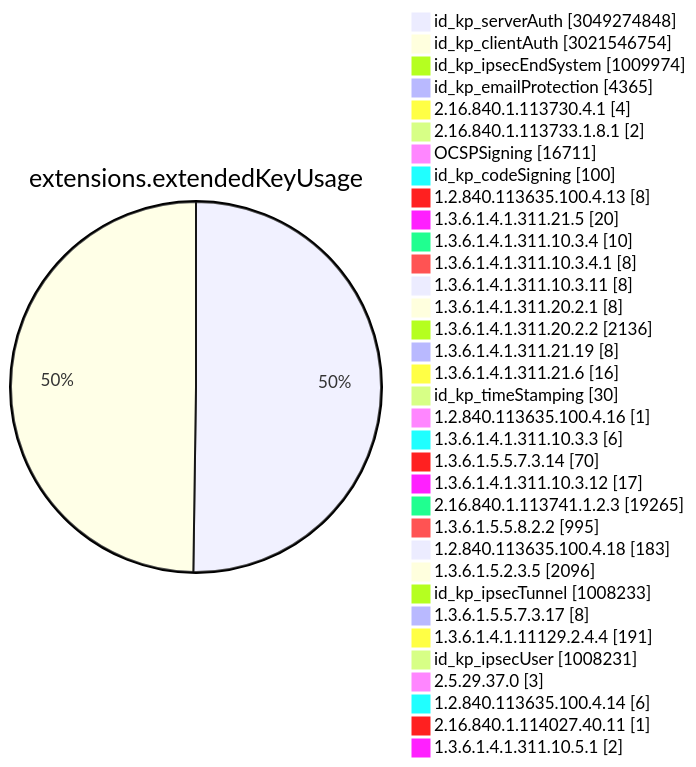
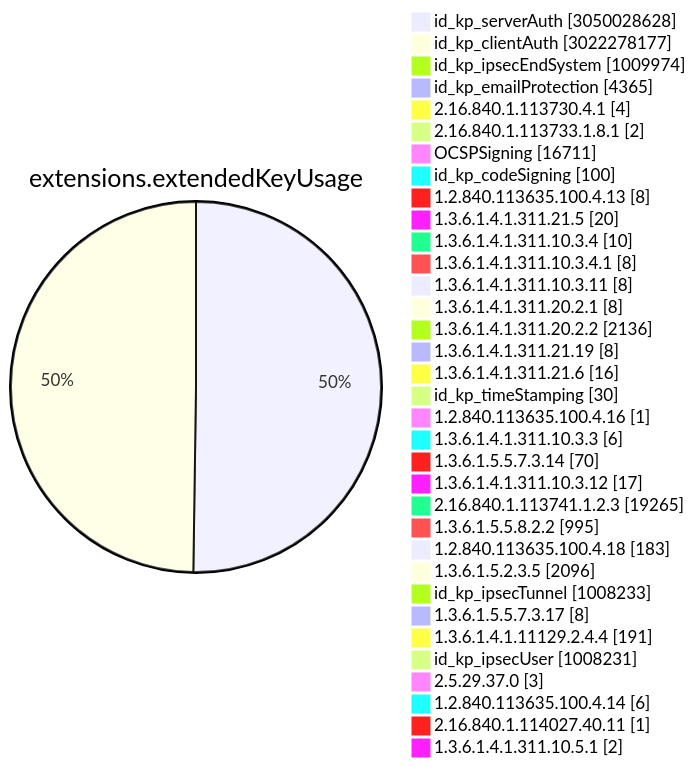
Diagram 11 of 15 in TOTAL/README.md (christiankrug/ctmonitor_visualization), drawn with Mermaid before and after one commit. The commit also changed other lines of this file, not shown here.

````diff
--- a/TOTAL/README.md
+++ b/TOTAL/README.md
@@ -4116,38 +4116,38 @@
 ```mermaid
 pie showData
 title extensions.extendedKeyUsage
-"id_kp_serverAuth" :3049274848
-"id_kp_clientAuth" :3021546754
+"id_kp_serverAuth" :3050028628
+"id_kp_clientAuth" :3022278177
 "id_kp_ipsecEndSystem" :1009974
 "id_kp_emailProtection" :4365
 "2.16.840.1.113730.4.1" :4
 "2.16.840.1.113733.1.8.1" :2
 "OCSPSigning" :16711
 "id_kp_codeSigning" :100
 "1.2.840.113635.100.4.13" :8
 "1.3.6.1.4.1.311.21.5" :20
 "1.3.6.1.4.1.311.10.3.4" :10
 "1.3.6.1.4.1.311.10.3.4.1" :8
 "1.3.6.1.4.1.311.10.3.11" :8
 "1.3.6.1.4.1.311.20.2.1" :8
 "1.3.6.1.4.1.311.20.2.2" :2136
 "1.3.6.1.4.1.311.21.19" :8
 "1.3.6.1.4.1.311.21.6" :16
 "id_kp_timeStamping" :30
 "1.2.840.113635.100.4.16" :1
 "1.3.6.1.4.1.311.10.3.3" :6
 "1.3.6.1.5.5.7.3.14" :70
 "1.3.6.1.4.1.311.10.3.12" :17
 "2.16.840.1.113741.1.2.3" :19265
 "1.3.6.1.5.5.8.2.2" :995
 "1.2.840.113635.100.4.18" :183
 "1.3.6.1.5.2.3.5" :2096
 "id_kp_ipsecTunnel" :1008233
 "1.3.6.1.5.5.7.3.17" :8
 "1.3.6.1.4.1.11129.2.4.4" :191
 "id_kp_ipsecUser" :1008231
 "2.5.29.37.0" :3
 "1.2.840.113635.100.4.14" :6
 "2.16.840.1.114027.40.11" :1
 "1.3.6.1.4.1.311.10.5.1" :2
 ```
````
